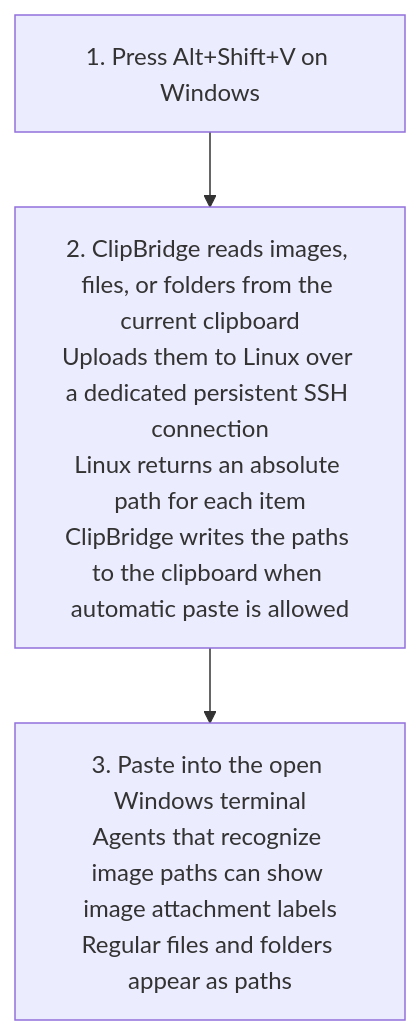
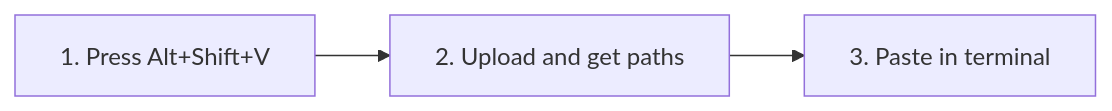
One commit to NewbieToEverything/clip-win-linux changed the first of 2 diagrams in README.md. Above: the diagram before and after it, drawn with Mermaid. The commit also changed other lines of this file and 1 other file, not shown here.

Commit message:
Simplify README flowchart labels

````diff
--- a/README.md
+++ b/README.md
@@ -13,5 +13,5 @@
 ```mermaid
-flowchart TD
-    A["1. Press Alt+Shift+V on Windows"] --> B["2. ClipBridge reads images, files, or folders from the current clipboard<br/>Uploads them to Linux over a dedicated persistent SSH connection<br/>Linux returns an absolute path for each item<br/>ClipBridge writes the paths to the clipboard when automatic paste is allowed"]
-    B --> C["3. Paste into the open Windows terminal<br/>Agents that recognize image paths can show image attachment labels<br/>Regular files and folders appear as paths"]
+flowchart LR
+    A["1. Press Alt+Shift+V"] --> B["2. Upload and get paths"]
+    B --> C["3. Paste in terminal"]
 ```
````
